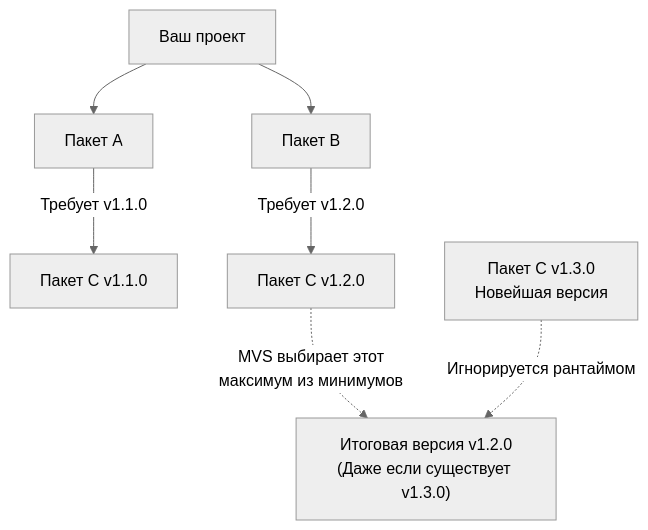
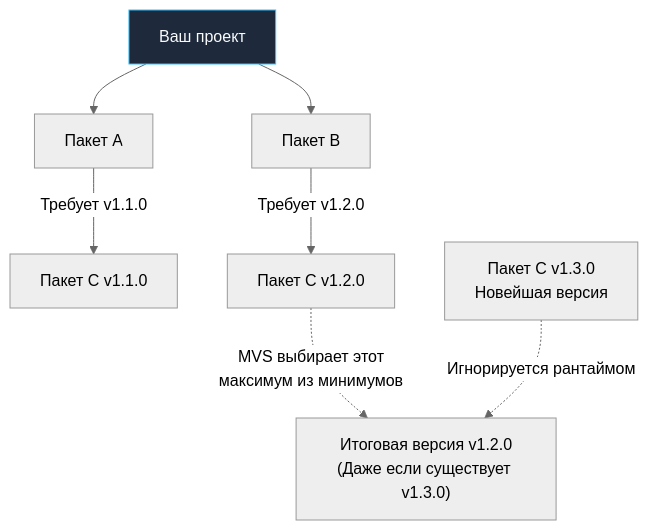
Before and after one commit to UnrealTemplier/go-textbook: the diagram in sources/5. Учебник по Go (Основы и синтаксис)/28. Модули и go.mod.md, drawn with Mermaid (neutral theme). The commit also changed 1666 other files, not shown here.

First line of the commit message:
feat(mermaid): add semantic color classDef to 1369 colorless flowchart/graph diagrams

````diff
--- a/sources/5. Учебник по Go (Основы и синтаксис)/28. Модули и go.mod.md
+++ b/sources/5. Учебник по Go (Основы и синтаксис)/28. Модули и go.mod.md
@@ -81,12 +81,22 @@
 ```mermaid
 flowchart TD
-    Main["Ваш проект"] --> A["Пакет A"]
+    classDef process  fill:#1e293b,stroke:#38bdf8,stroke-width:1px,color:#f8fafc
+    classDef success  fill:#064e3b,stroke:#34d399,stroke-width:1px,color:#f8fafc
+    classDef error    fill:#7f1d1d,stroke:#f87171,stroke-width:1px,color:#f8fafc
+    classDef warning  fill:#78350f,stroke:#fbbf24,stroke-width:1px,color:#f8fafc
+    classDef entry    fill:#1e3a5f,stroke:#38bdf8,stroke-width:2px,color:#f8fafc
+    classDef aux      fill:#334155,stroke:#64748b,stroke-width:1px,color:#f8fafc
+    classDef system   fill:#312e81,stroke:#a78bfa,stroke-width:1px,color:#f8fafc
+    classDef data     fill:#132d29,stroke:#2dd4bf,stroke-width:1px,color:#f8fafc
+    classDef network  fill:#881337,stroke:#fb7185,stroke-width:1px,color:#f8fafc
+    classDef accent   fill:#1e1b4b,stroke:#818cf8,stroke-width:1px,color:#f8fafc
+    Main["Ваш проект"]:::process --> A["Пакет A"]
     Main --> B["Пакет B"]
     
     A -->|"Требует v1.1.0"| C1["Пакет C v1.1.0"]
     B -->|"Требует v1.2.0"| C2["Пакет C v1.2.0"]
     
     C2 -.->|"MVS выбирает этот<br/>максимум из минимумов"| Resolve["Итоговая версия v1.2.0<br/>(Даже если существует v1.3.0)"]
     
     C3["Пакет C v1.3.0<br/>Новейшая версия"] -.->|"Игнорируется рантаймом"| Resolve
 ```
````
